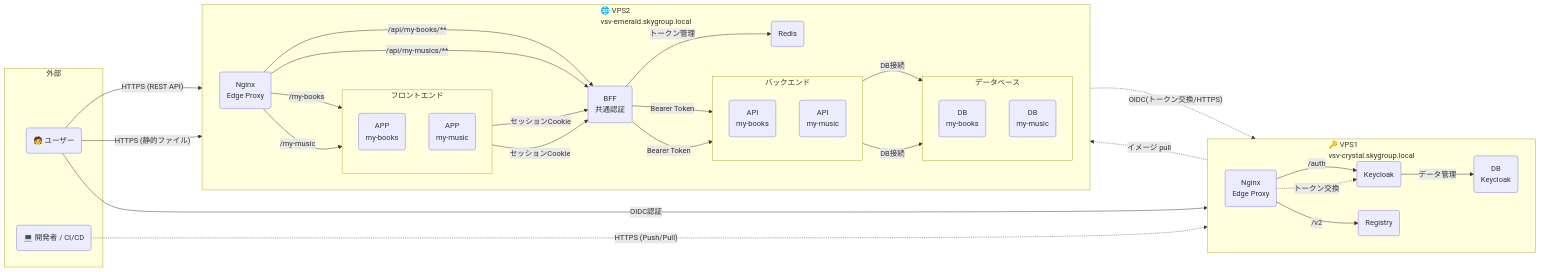
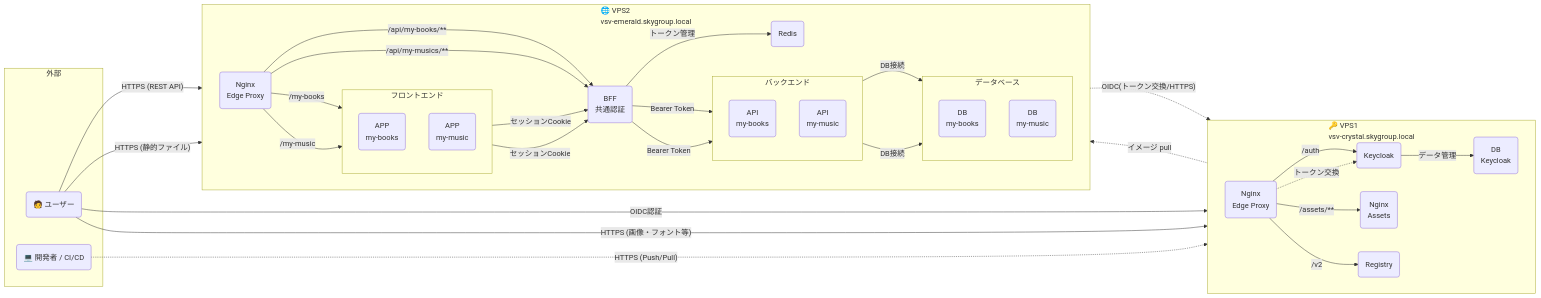
The second of 5 diagrams in system-architecture-overview-vps2.md (Ndia-R/vsv-emerald), drawn with Mermaid before and after one commit. The commit also changed other lines of this file and 10 other files, not shown here.

```diff
--- a/system-architecture-overview-vps2.md
+++ b/system-architecture-overview-vps2.md
@@ -91,6 +100,7 @@
         Keycloak(Keycloak)
         Keycloak_DB(DB<br>Keycloak)
         Registry(Registry)
+        Nginx_Assets(Nginx<br>Assets)
     end
 
     subgraph VPS2 [🌐 VPS2<br>vsv-emerald.skygroup.local]
@@ -123,9 +133,9 @@
     User -- OIDC認証 --> Nginx_VPS1
     Nginx_VPS1 -- /auth --> Keycloak
 
-    %% 開発者アクセス (VPS1へ - レジストリ)
-    Developer -. HTTPS (Push/Pull) .-> Nginx_VPS1
-    Nginx_VPS1 -- /v2 --> Registry
+    %% ユーザーアクセス (VPS1へ - 画像・フォント等)
+    User -- HTTPS (画像・フォント等) --> Nginx_VPS1
+    Nginx_VPS1 -- /assets/** --> Nginx_Assets
 
     %% ユーザーアクセス (VPS2へ - REST API)
     User -- HTTPS (REST API) --> Nginx_VPS2
@@ -136,6 +146,10 @@
     User -- HTTPS (静的ファイル) --> Nginx_VPS2
     Nginx_VPS2 -- /my-books --> APP_Books
     Nginx_VPS2 -- /my-music --> APP_Music
+
+    %% 開発者アクセス (VPS1へ - レジストリ)
+    Developer -. HTTPS (Push/Pull) .-> Nginx_VPS1
+    Nginx_VPS1 -- /v2 --> Registry
 
     %% 認証フロー (VPS間連携)
     BFF -. OIDC(トークン交換/HTTPS) .-> Nginx_VPS1
```
